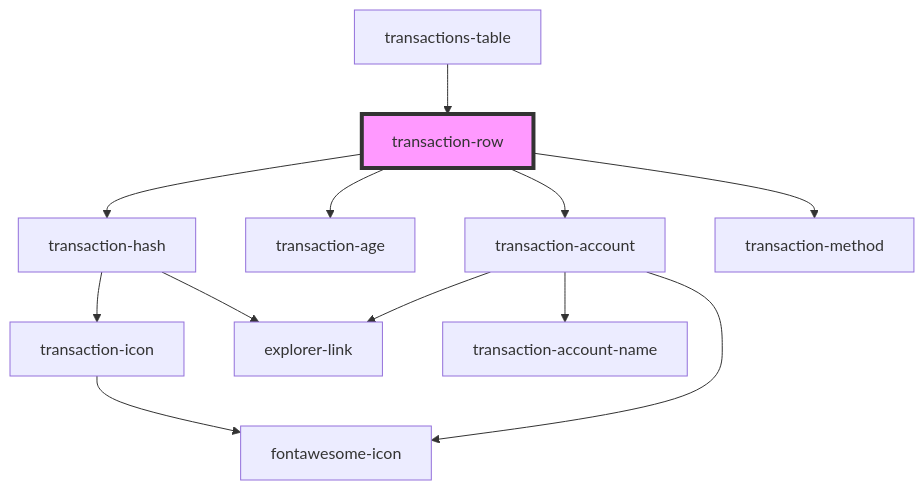
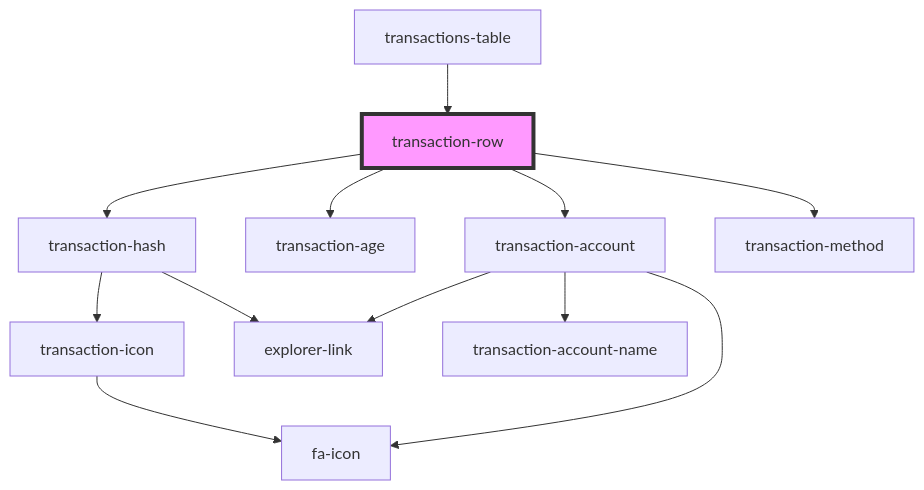
The diagram in src/components/transactions-table/components/transaction-row/readme.md (multiversx/mx-sdk-dapp-ui), drawn with Mermaid before and after one commit. The commit also changed 29 other files, not shown here.

````diff
--- a/src/components/transactions-table/components/transaction-row/readme.md
+++ b/src/components/transactions-table/components/transaction-row/readme.md
@@ -30,15 +30,15 @@
 ```mermaid
 graph TD;
   transaction-row --> transaction-hash
   transaction-row --> transaction-age
   transaction-row --> transaction-account
   transaction-row --> transaction-method
   transaction-hash --> transaction-icon
   transaction-hash --> explorer-link
-  transaction-icon --> fontawesome-icon
-  transaction-account --> fontawesome-icon
+  transaction-icon --> fa-icon
+  transaction-account --> fa-icon
   transaction-account --> explorer-link
   transaction-account --> transaction-account-name
   transactions-table --> transaction-row
   style transaction-row fill:#f9f,stroke:#333,stroke-width:4px
 ```
````
